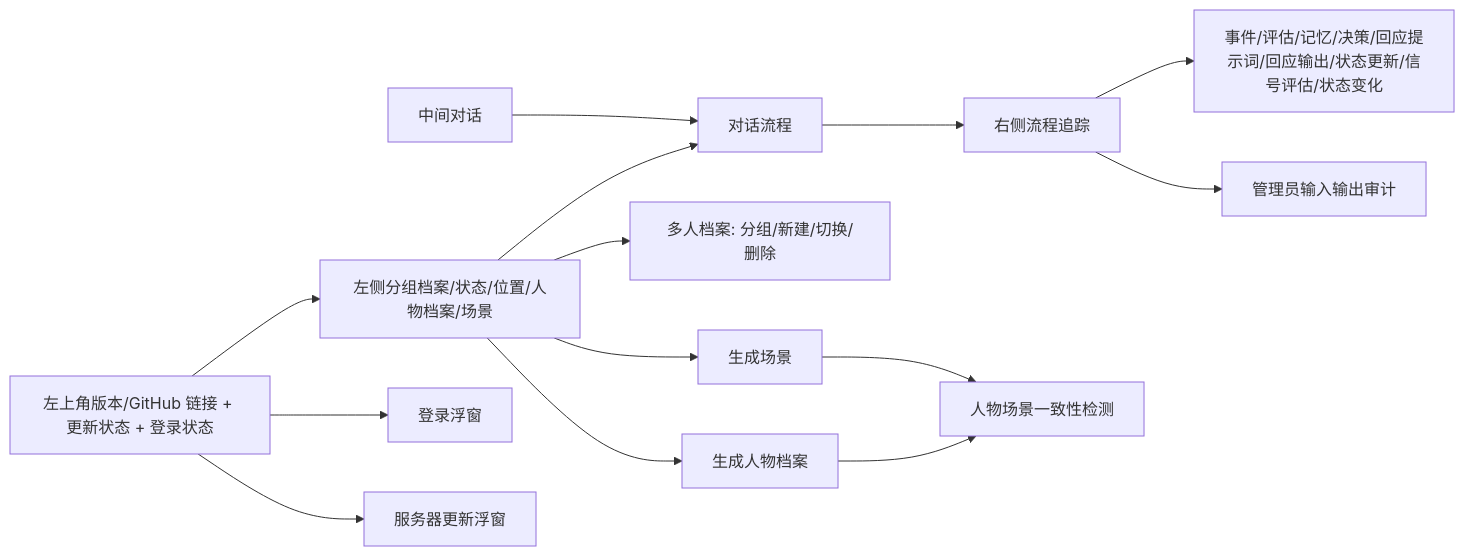
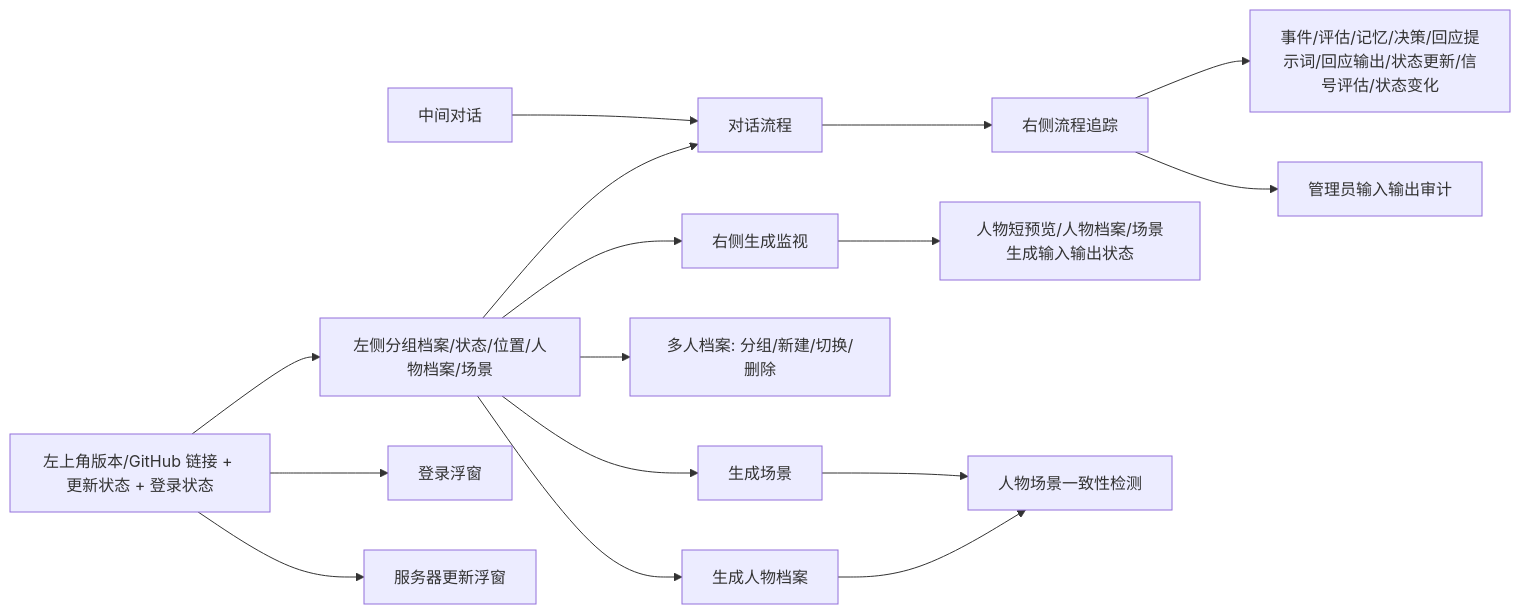
Diagram 31 of 31 in docs/SYSTEM_FLOW.md (ttmanthatman/virtual-human-flow), drawn with Mermaid before and after one commit. The commit also changed other lines of this file and 8 other files, not shown here.

````diff
--- a/docs/SYSTEM_FLOW.md
+++ b/docs/SYSTEM_FLOW.md
@@ -679,16 +683,18 @@
 ```mermaid
 flowchart LR
     TOP[左上角版本/GitHub 链接 + 更新状态 + 登录状态] --> LEFT
     LEFT[左侧分组档案/状态/位置/人物档案/场景] --> PIPE[对话流程]
     CHAT[中间对话] --> PIPE
     PIPE --> TRACE[右侧流程追踪]
     TRACE --> JSON[事件/评估/记忆/决策/回应提示词/回应输出/状态更新/信号评估/状态变化]
+    LEFT --> MONITOR[右侧生成监视]
+    MONITOR --> GENJSON[人物短预览/人物档案/场景生成输入输出状态]
     TRACE --> AUDIT[管理员输入输出审计]
     TOP --> LOGIN[登录浮窗]
     TOP --> UPDATE[服务器更新浮窗]
     LEFT --> DOS[多人档案: 分组/新建/切换/删除]
     LEFT --> GEN1[生成人物档案]
     LEFT --> GEN2[生成场景]
     GEN1 --> FIT[人物场景一致性检测]
     GEN2 --> FIT
 ```
````
